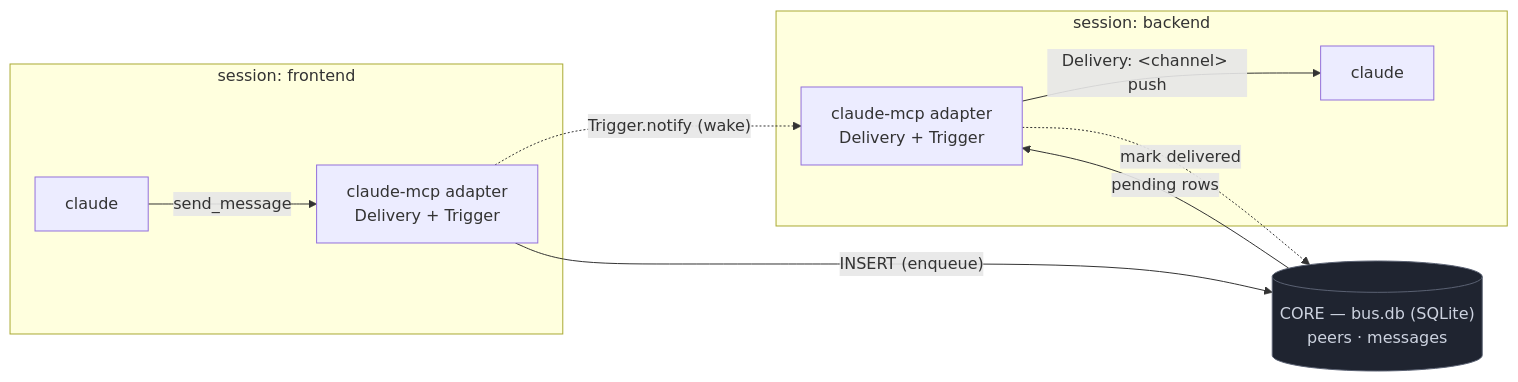
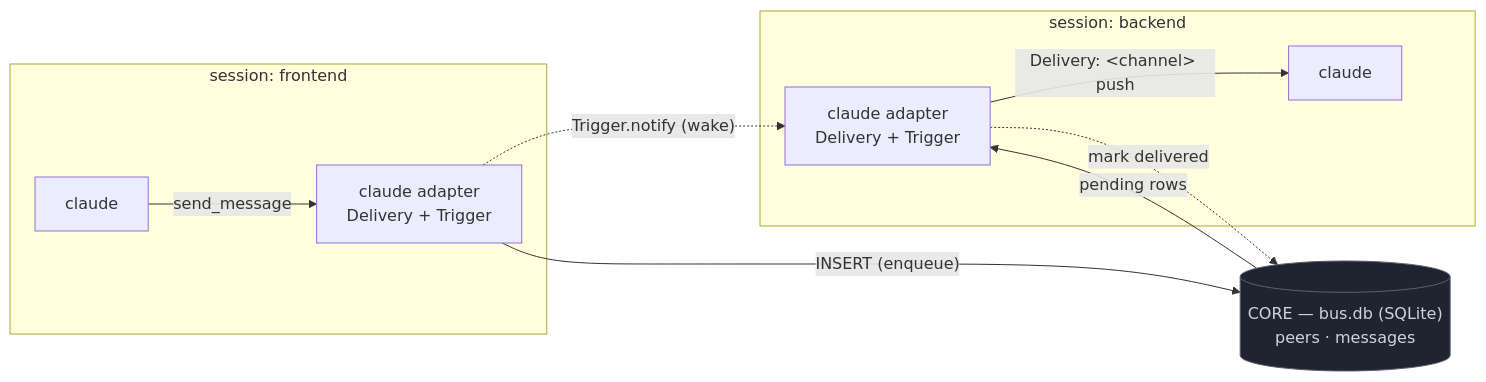
One commit to biswajitpatra/inter-claude-channels changed the diagram in README.md. Above: the diagram before and after it, drawn with Mermaid. The commit also changed other lines of this file and 14 other files, not shown here.

````diff
--- a/README.md
+++ b/README.md
@@ -19,22 +19,22 @@
 ```mermaid
 flowchart LR
     subgraph S2["session: backend"]
         C2["claude"]
-        A2["claude-mcp adapter<br/>Delivery + Trigger"]
+        A2["claude adapter<br/>Delivery + Trigger"]
     end
     subgraph S1["session: frontend"]
-        A1["claude-mcp adapter<br/>Delivery + Trigger"]
+        A1["claude adapter<br/>Delivery + Trigger"]
         C1["claude"]
     end
     DB[("CORE — bus.db (SQLite)<br/>peers · messages")]
 
     C1 -- "send_message" --> A1
     A1 -- "INSERT (enqueue)" --> DB
     A1 -. "Trigger.notify (wake)" .-> A2
     DB -- "pending rows" --> A2
     A2 -- "Delivery: &lt;channel&gt; push" --> C2
     A2 -. "mark delivered" .-> DB
 
     classDef db fill:#1f2430,stroke:#5b6273,color:#cdd3e0;
     class DB db;
 ```
````
